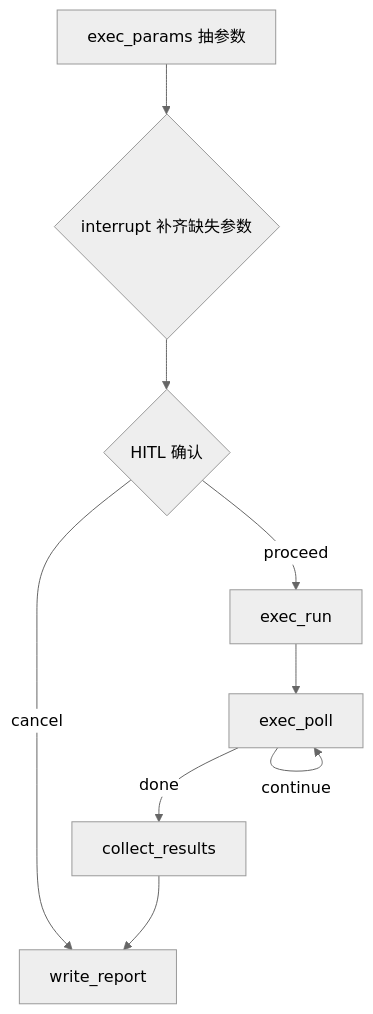
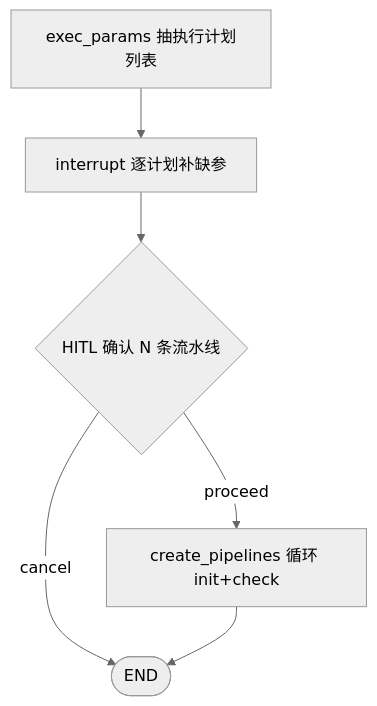
One commit to LuukkaToT/work_agent changed the third of 3 diagrams in docs/architecture.md. Above: the diagram before and after it, drawn with Mermaid (neutral theme). The commit also changed other lines of this file and 22 other files, not shown here.

````diff
--- a/docs/architecture.md
+++ b/docs/architecture.md
@@ -126,11 +128,8 @@
 ```mermaid
 flowchart TD
-  Params["exec_params 抽参数"] --> AskMissing{"interrupt 补齐缺失参数"}
-  AskMissing --> Confirm{"HITL 确认"}
-  Confirm -->|"cancel"| Report["write_report"]
-  Confirm -->|"proceed"| Run["exec_run"]
-  Run --> Poll["exec_poll"]
-  Poll -->|"continue"| Poll
-  Poll -->|"done"| Collect["collect_results"]
-  Collect --> Report
+  Params["exec_params 抽执行计划列表"] --> AskMissing["interrupt 逐计划补缺参"]
+  AskMissing --> Confirm{"HITL 确认 N 条流水线"}
+  Confirm -->|"cancel"| EndNode(["END"])
+  Confirm -->|"proceed"| Create["create_pipelines 循环 init+check"]
+  Create --> EndNode
 ```
````
